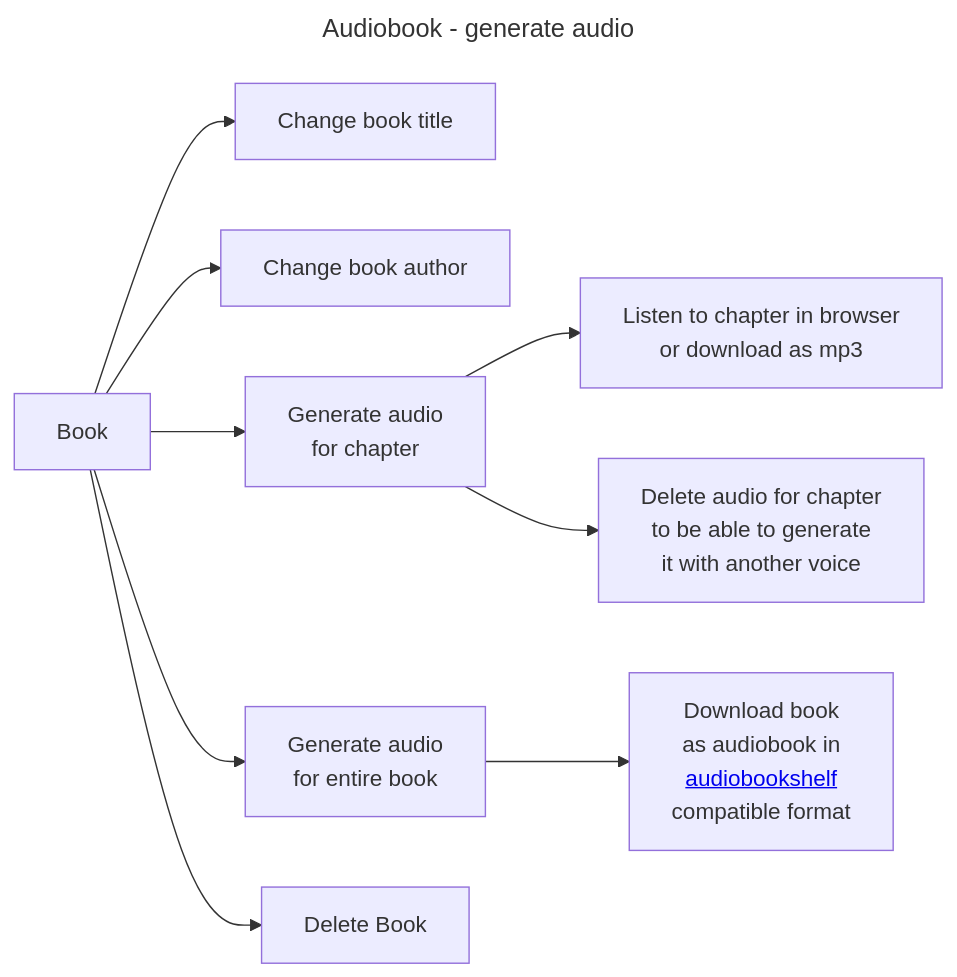
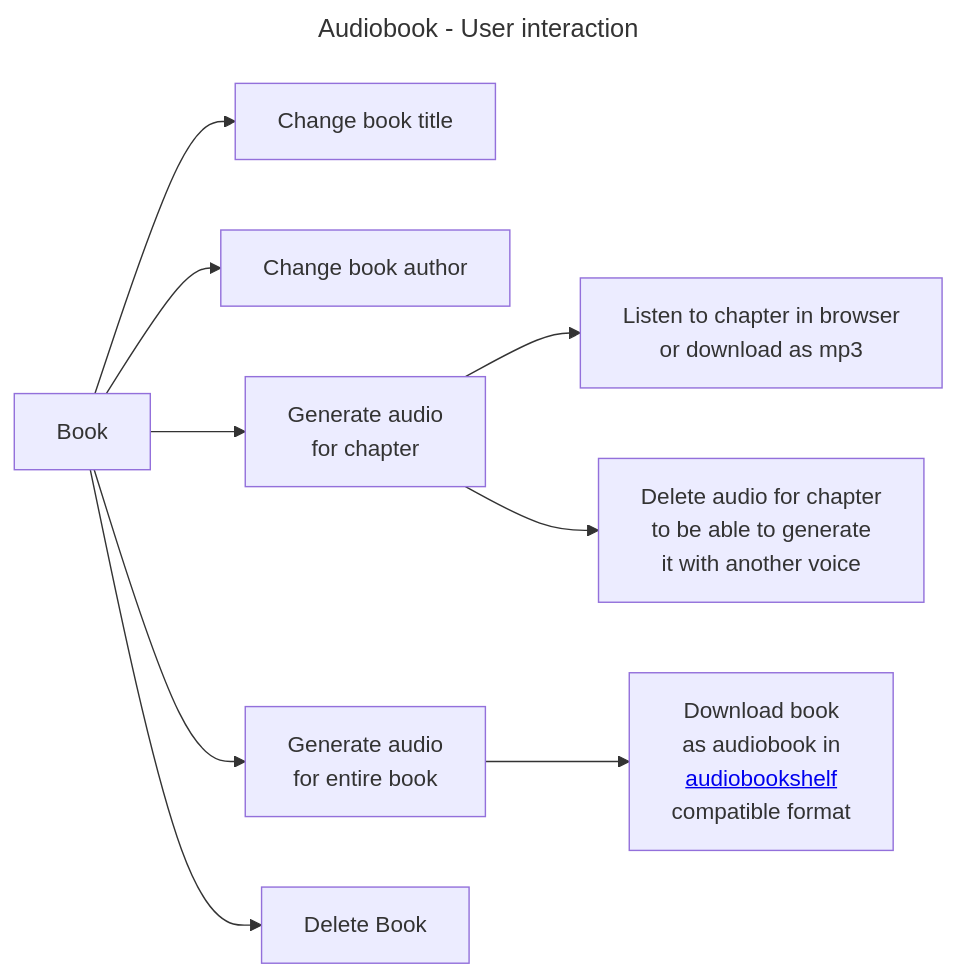
Before and after one commit to BurnySc2/monorepo: the third of 3 diagrams in fastapi_server/routes/README.md, drawn with Mermaid. The commit also changed other lines of this file and 9 other files, not shown here.

````diff
--- a/fastapi_server/routes/README.md
+++ b/fastapi_server/routes/README.md
@@ -25,14 +25,14 @@
 ```mermaid
 ---
-title: Audiobook - generate audio
+title: Audiobook - User interaction
 ---
 graph LR;
     A[Book]-->B[Change book title];
     A-->C[Change book author];
     A-->D[Generate audio \n for chapter];
     A-->E[Generate audio \n for entire book];
     D-->F[Listen to chapter in browser \n or download as mp3];
     E-->G[Download book \n as audiobook in \n <a href="https://www.audiobookshelf.org">audiobookshelf</a> \n compatible format]
     A-->H[Delete Book]
     D-->I[Delete audio for chapter \n to be able to generate \n it with another voice]
 ```
````
